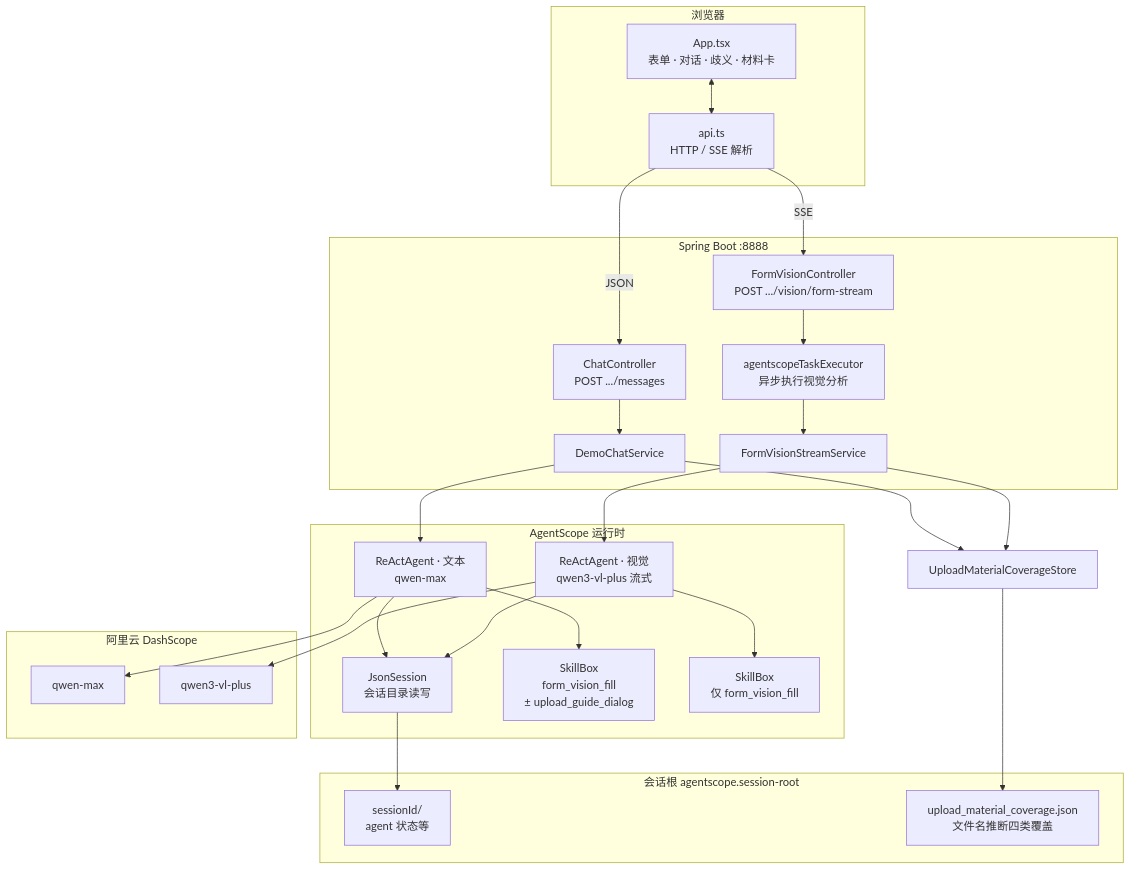
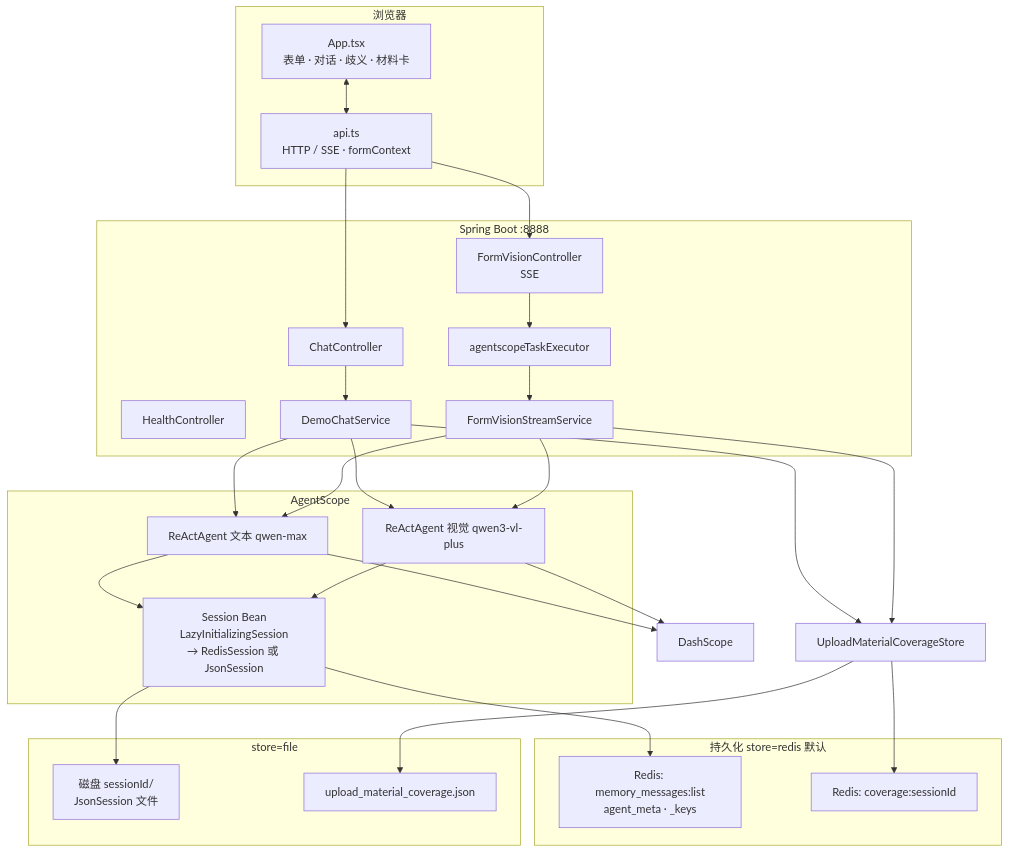
The first of 5 diagrams in README.md (qjli/mutilmodel-refactor), drawn with Mermaid before and after one commit. The commit also changed other lines of this file and 1 other file, not shown here.

````diff
--- a/README.md
+++ b/README.md
@@ -49,50 +57,44 @@
 ```mermaid
 flowchart TB
   subgraph Browser["浏览器"]
     UI["App.tsx\n表单 · 对话 · 歧义 · 材料卡"]
-    FEAPI["api.ts\nHTTP / SSE 解析"]
+    FEAPI["api.ts\nHTTP / SSE · formContext"]
     UI <--> FEAPI
   end
 
   subgraph Spring["Spring Boot :8888"]
-    CH["ChatController\nPOST .../messages"]
-    VH["FormVisionController\nPOST .../vision/form-stream"]
-    Pool["agentscopeTaskExecutor\n异步执行视觉分析"]
+    CH["ChatController"]
+    VH["FormVisionController\nSSE"]
+    HC["HealthController"]
+    Pool["agentscopeTaskExecutor"]
     CH --> DCS["DemoChatService"]
-    VH --> Pool
-    Pool --> FVS["FormVisionStreamService"]
+    VH --> Pool --> FVS["FormVisionStreamService"]
   end
 
-  subgraph Agent["AgentScope 运行时"]
-    JA["JsonSession\n会话目录读写"]
-    AGc["ReActAgent · 文本\nqwen-max"]
-    AGv["ReActAgent · 视觉\nqwen3-vl-plus 流式"]
-    SBc["SkillBox\nform_vision_fill\n± upload_guide_dialog"]
-    SBv["SkillBox\n仅 form_vision_fill"]
-    AGc --> SBc
-    AGv --> SBv
-    AGc --> JA
-    AGv --> JA
+  subgraph Agent["AgentScope"]
+    SESS["Session Bean\nLazyInitializingSession\n→ RedisSession 或 JsonSession"]
+    AGc["ReActAgent 文本 qwen-max"]
+    AGv["ReActAgent 视觉 qwen3-vl-plus"]
+    AGc --> SESS
+    AGv --> SESS
   end
 
-  subgraph Cloud["阿里云 DashScope"]
-    DS1["qwen-max"]
-    DS2["qwen3-vl-plus"]
+  subgraph Store["持久化 store=redis 默认"]
+    R1["Redis: memory_messages:list\nagent_meta · _keys"]
+    R2["Redis: coverage:sessionId"]
   end
 
-  subgraph Disk["会话根 agentscope.session-root"]
-    DIR["sessionId/\nagent 状态等"]
-    COV["upload_material_coverage.json\n文件名推断四类覆盖"]
+  subgraph FileStore["store=file"]
+    F1["磁盘 sessionId/\nJsonSession 文件"]
+    F2["upload_material_coverage.json"]
   end
 
-  FEAPI -->|JSON| CH
-  FEAPI -->|SSE| VH
-  DCS --> AGc
-  FVS --> AGv
-  AGc --> DS1
-  AGv --> DS2
-  DCS --> Cov["UploadMaterialCoverageStore"]
-  FVS --> Cov
-  Cov --> COV
-  JA --> DIR
+  FEAPI --> CH & VH
+  DCS & FVS --> AGc & AGv
+  AGc & AGv --> DS["DashScope"]
+  DCS & FVS --> Cov["UploadMaterialCoverageStore"]
+  SESS --> R1
+  SESS --> F1
+  Cov --> R2
+  Cov --> F2
 ```
````
